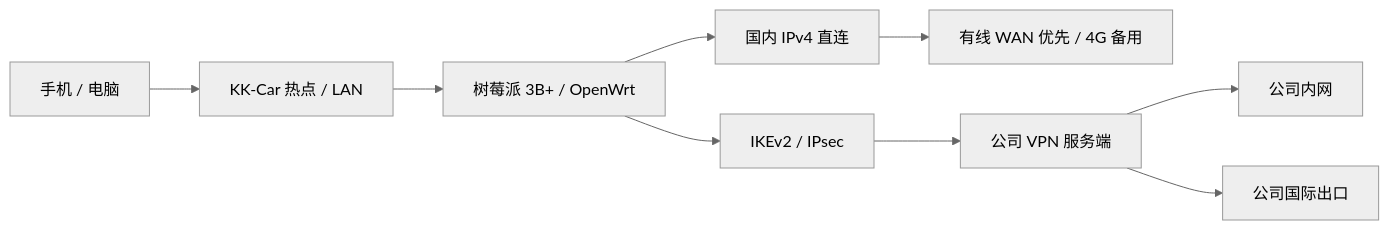
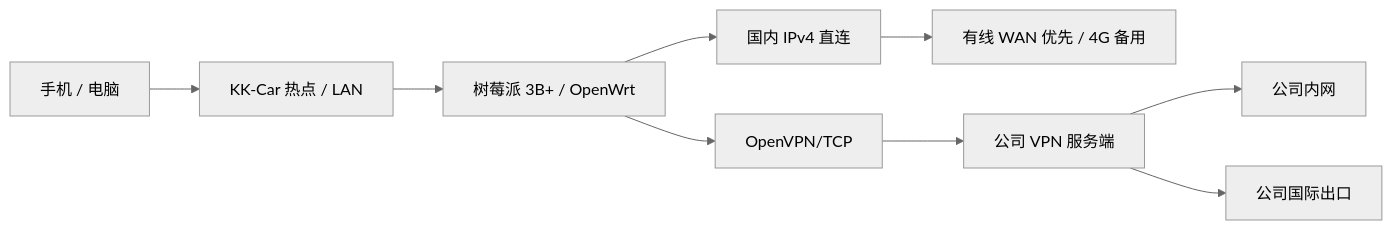
Before and after one commit to Chinaxuan/kk-car: the diagram in README.md, drawn with Mermaid (neutral theme). The commit also changed other lines of this file and 17 other files, not shown here.

First line of the commit message:
切换有线 VPN 至 OpenVPN 并验证分流与断线保护

````diff
--- a/README.md
+++ b/README.md
@@ -40,11 +40,11 @@
 ```mermaid
 flowchart LR
     Client[手机 / 电脑] --> AP[KK-Car 热点 / LAN]
     AP --> Pi[树莓派 3B+ / OpenWrt]
     Pi --> Direct[国内 IPv4 直连]
     Direct --> WAN[有线 WAN 优先 / 4G 备用]
-    Pi --> VPN[IKEv2 / IPsec]
+    Pi --> VPN[OpenVPN/TCP]
     VPN --> Company[公司 VPN 服务端]
     Company --> LAN[公司内网]
     Company --> Intl[公司国际出口]
 ```
````
